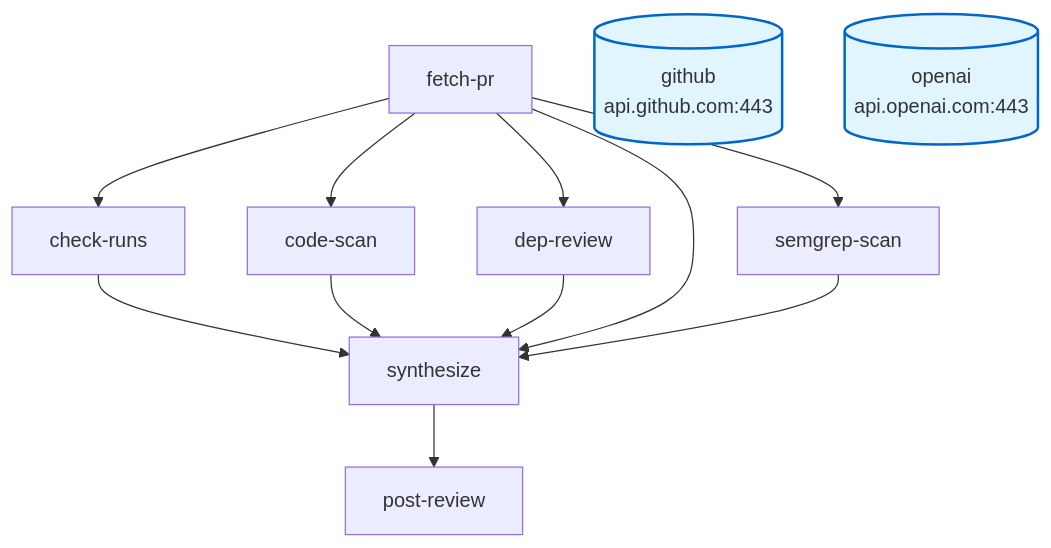
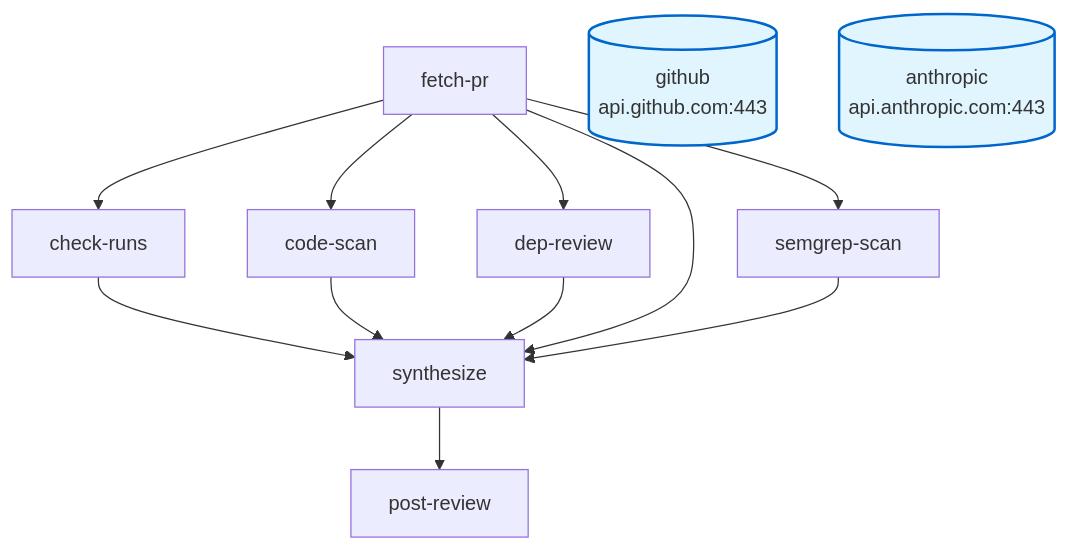
One commit to randybias/tentacular changed the diagram in example-workflows/pr-review/workflow-diagram.md. Above: the diagram before and after it, drawn with Mermaid. The commit also changed 2 other files, not shown here.

Commit message:
fix: address pr-review code review feedback
- contract-summary.md: openai → anthropic (secrets + egress table)
- workflow-diagram.md: dep_openai → dep_anthropic node
- workflow.yaml: add comment on hardcoded test_owner/test_repo/test_pr_number

````diff
--- a/example-workflows/pr-review/workflow-diagram.md
+++ b/example-workflows/pr-review/workflow-diagram.md
@@ -1,26 +1,26 @@
 ```mermaid
 graph TD
     check-runs[check-runs]
     code-scan[code-scan]
     dep-review[dep-review]
     fetch-pr[fetch-pr]
     post-review[post-review]
     semgrep-scan[semgrep-scan]
     synthesize[synthesize]
     check-runs --> synthesize
     code-scan --> synthesize
     dep-review --> synthesize
     fetch-pr --> check-runs
     fetch-pr --> code-scan
     fetch-pr --> dep-review
     fetch-pr --> semgrep-scan
     fetch-pr --> synthesize
     semgrep-scan --> synthesize
     synthesize --> post-review
 
     %% External Dependencies
     dep_github[(github<br/>api.github.com:443)]
     style dep_github fill:#e1f5ff,stroke:#0066cc,stroke-width:2px
-    dep_openai[(openai<br/>api.openai.com:443)]
-    style dep_openai fill:#e1f5ff,stroke:#0066cc,stroke-width:2px
+    dep_anthropic[(anthropic<br/>api.anthropic.com:443)]
+    style dep_anthropic fill:#e1f5ff,stroke:#0066cc,stroke-width:2px
 ```
````
